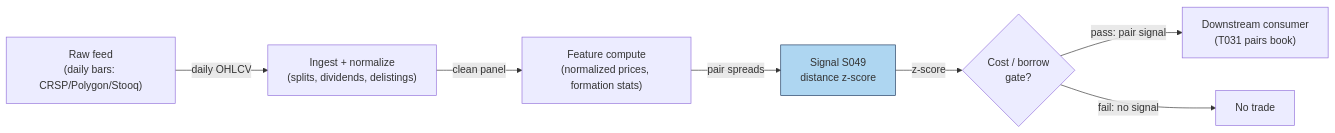
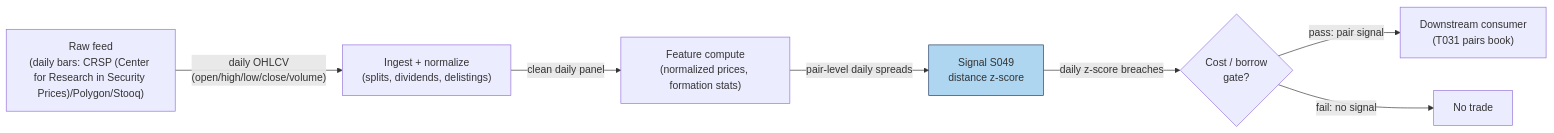
One commit to praveenguptahcl/quant-signals-deep changed the diagram in batches/SB3/S049.md. Above: the diagram before and after it, drawn with Mermaid. The commit also changed other lines of this file and 27 other files, not shown here.

````diff
--- a/batches/SB3/S049.md
+++ b/batches/SB3/S049.md
@@ -193,10 +193,10 @@
 ```mermaid
 flowchart LR
-    FEED["Raw feed\n(daily bars: CRSP/Polygon/Stooq)"] -->|"daily OHLCV"| ING["Ingest + normalize\n(splits, dividends, delistings)"]
-    ING -->|"clean panel"| FEAT["Feature compute\n(normalized prices, formation stats)"]
-    FEAT -->|"pair spreads"| SIG["Signal S049\ndistance z-score"]
-    SIG -->|"z-score"| GATE{"Cost / borrow\ngate?"}
+    FEED["Raw feed\n(daily bars: CRSP (Center for Research in Security Prices)/Polygon/Stooq)"] -->|"daily OHLCV\n(open/high/low/close/volume)"| ING["Ingest + normalize\n(splits, dividends, delistings)"]
+    ING -->|"clean daily panel"| FEAT["Feature compute\n(normalized prices, formation stats)"]
+    FEAT -->|"pair-level daily spreads"| SIG["Signal S049\ndistance z-score"]
+    SIG -->|"daily z-score breaches"| GATE{"Cost / borrow\ngate?"}
     GATE -->|"pass: pair signal"| OUT["Downstream consumer\n(T031 pairs book)"]
     GATE -->|"fail: no signal"| DROP["No trade"]
     style SIG fill:#aed6f1,stroke:#1f3a5f
 ```
````
